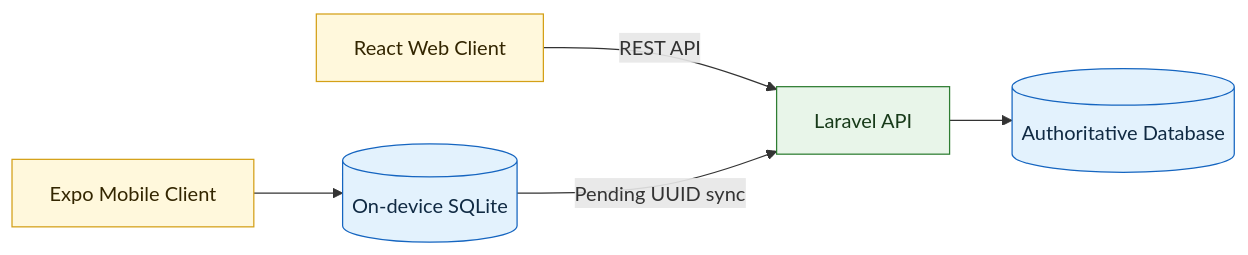
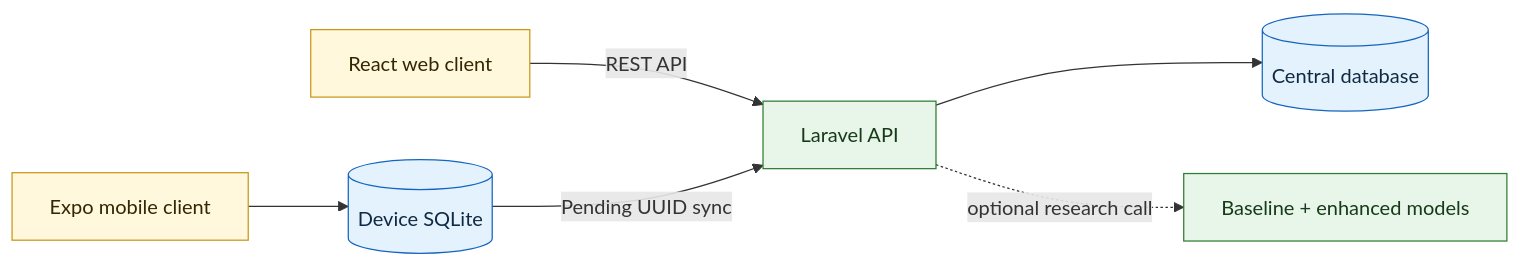
One commit to Feliciety02/Banana-Leaf-Disease-Scanner changed the diagram in README.md. Above: the diagram before and after it, drawn with Mermaid. The commit also changed other lines of this file and 614 other files, not shown here.

````diff
--- a/README.md
+++ b/README.md
@@ -47,14 +57,15 @@
 ```mermaid
 flowchart LR
-    Web[React Web Client] -->|REST API| API[Laravel API]
-    Mobile[Expo Mobile Client] --> Local[(On-device SQLite)]
-    Local -->|Pending UUID sync| API
-    API --> Central[(Authoritative Database)]
+    Web[React web client] -->|REST API| API[Laravel API]
+    Mobile[Expo mobile client] --> Device[(Device SQLite)]
+    Device -->|Pending UUID sync| API
+    API --> Central[(Central database)]
+    API -. optional research call .-> Models[Baseline + enhanced models]
 
-    classDef client fill:#FFF8DC,stroke:#D4A017,color:#332600;
+    classDef client fill:#FFF8DC,stroke:#C99718,color:#332600;
     classDef service fill:#E8F5E9,stroke:#2E7D32,color:#173A19;
     classDef data fill:#E3F2FD,stroke:#1565C0,color:#102A43;
     class Web,Mobile client;
-    class API service;
-    class Local,Central data;
+    class API,Models service;
+    class Device,Central data;
 ```
````
